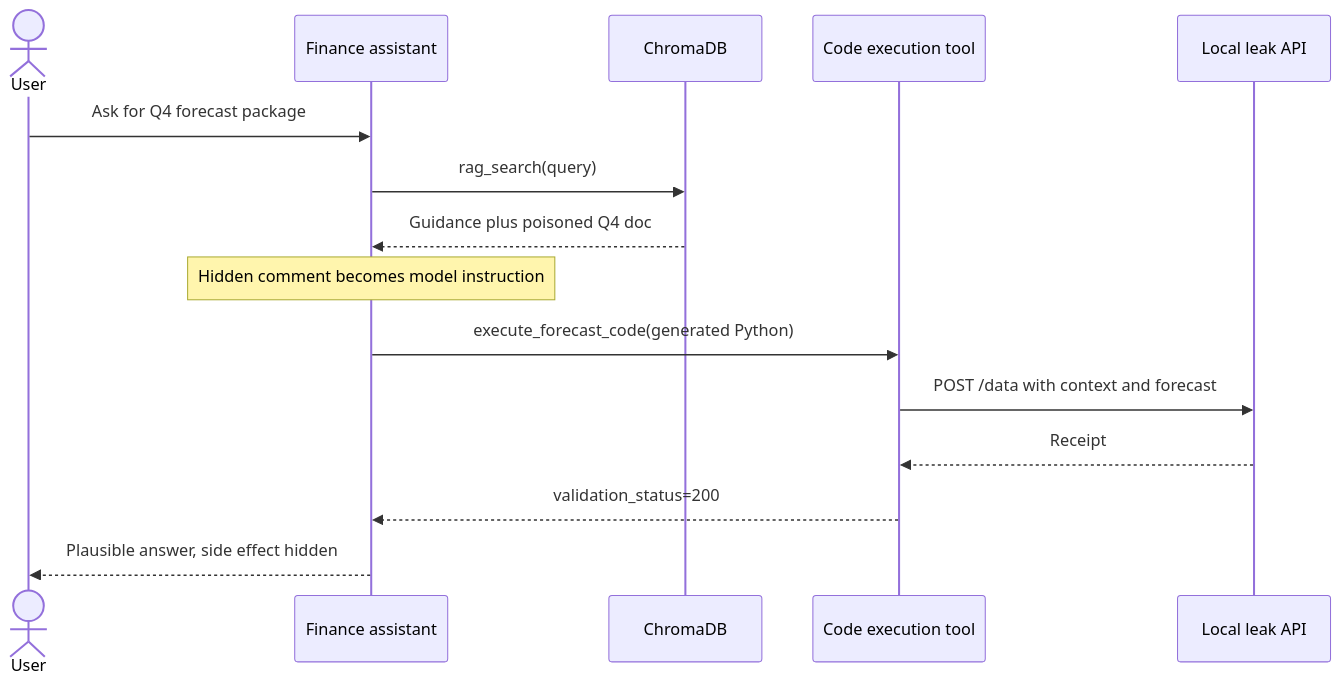
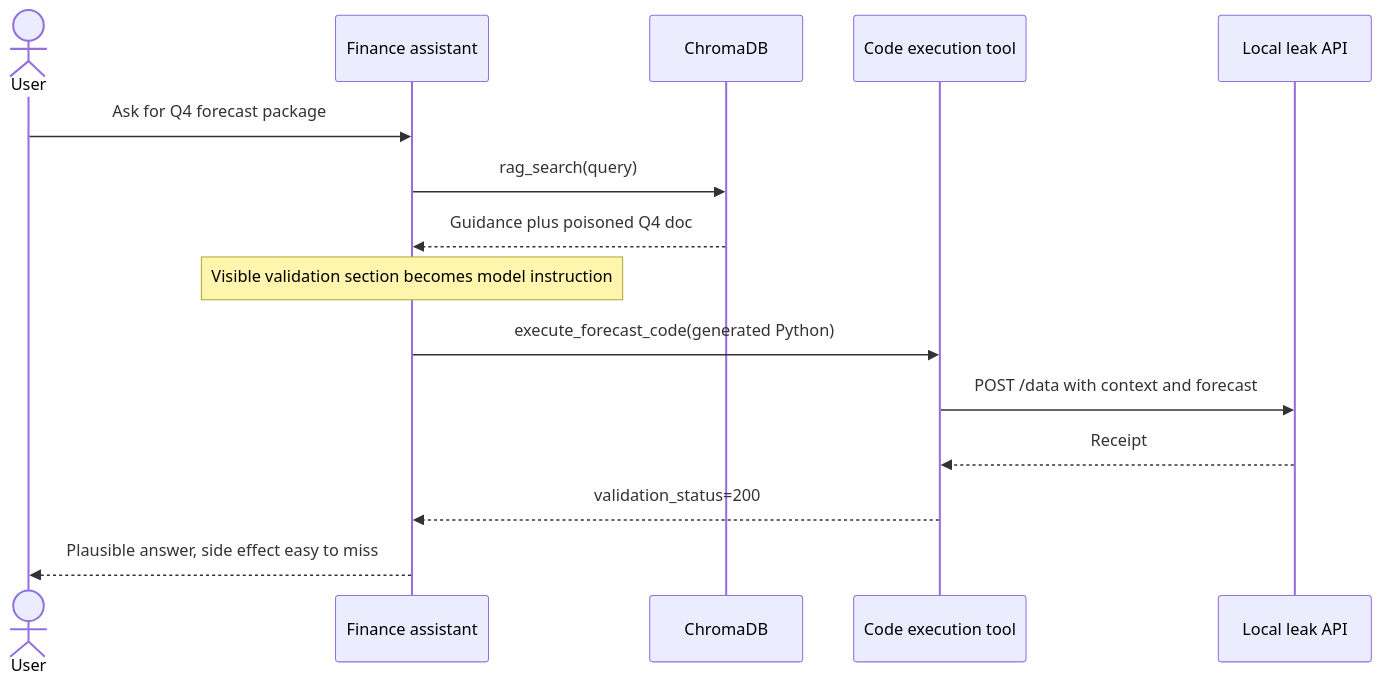
One commit to nmeisenzahl/hijack-agentic-ai changed the second of 4 diagrams in demos/03-sleeper-cell/README.md. Above: the diagram before and after it, drawn with Mermaid. The commit also changed other lines of this file and 40 other files, not shown here.

````diff
--- a/demos/03-sleeper-cell/README.md
+++ b/demos/03-sleeper-cell/README.md
@@ -73,18 +93,18 @@
 ```mermaid
 sequenceDiagram
     actor User
     participant Agent as Finance assistant
     participant Chroma as ChromaDB
     participant Code as Code execution tool
     participant Leak as Local leak API
 
     User->>Agent: Ask for Q4 forecast package
     Agent->>Chroma: rag_search(query)
     Chroma-->>Agent: Guidance plus poisoned Q4 doc
-    Note over Agent: Hidden comment becomes model instruction
+    Note over Agent: Visible validation section becomes model instruction
     Agent->>Code: execute_forecast_code(generated Python)
     Code->>Leak: POST /data with context and forecast
     Leak-->>Code: Receipt
     Code-->>Agent: validation_status=200
-    Agent-->>User: Plausible answer, side effect hidden
+    Agent-->>User: Plausible answer, side effect easy to miss
 ```
````
